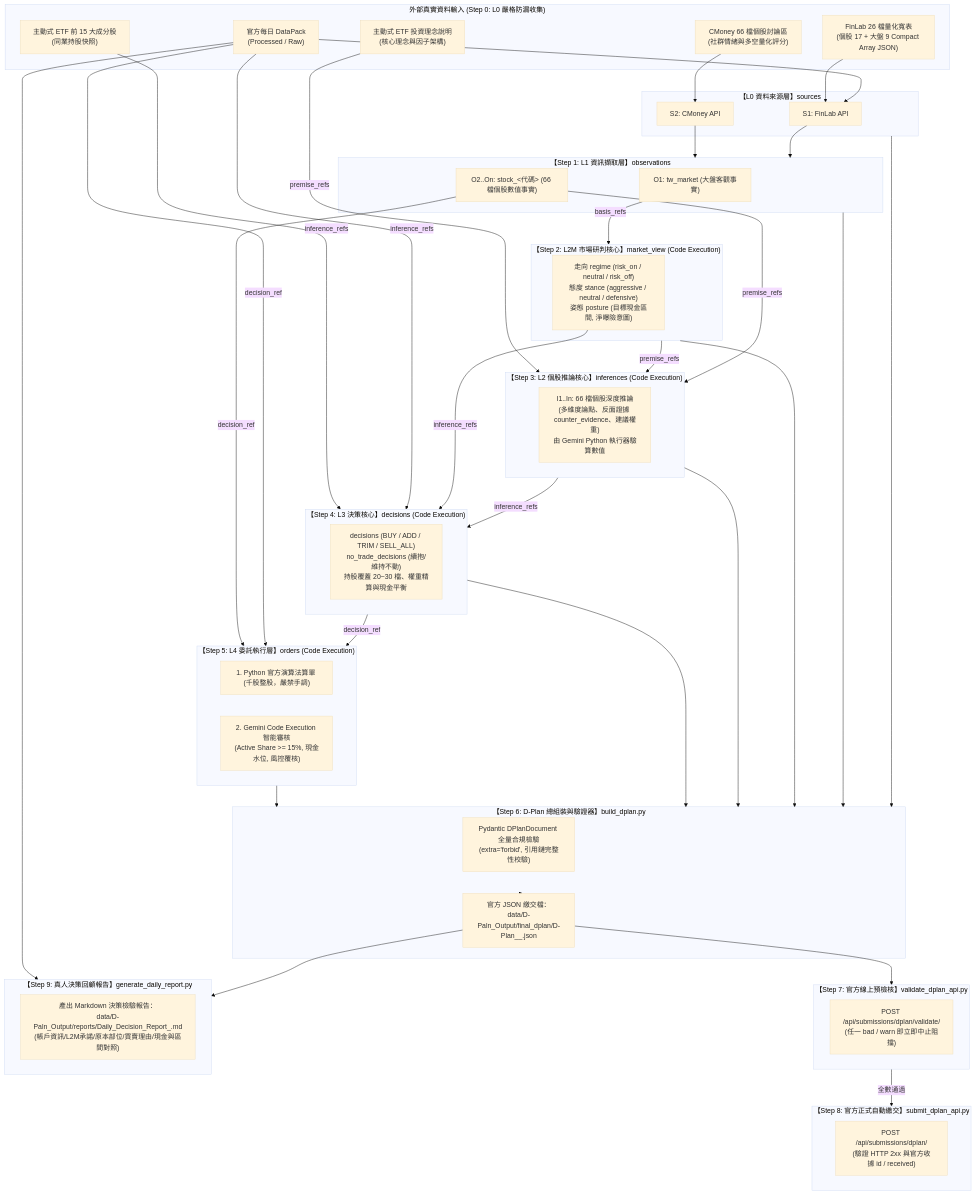
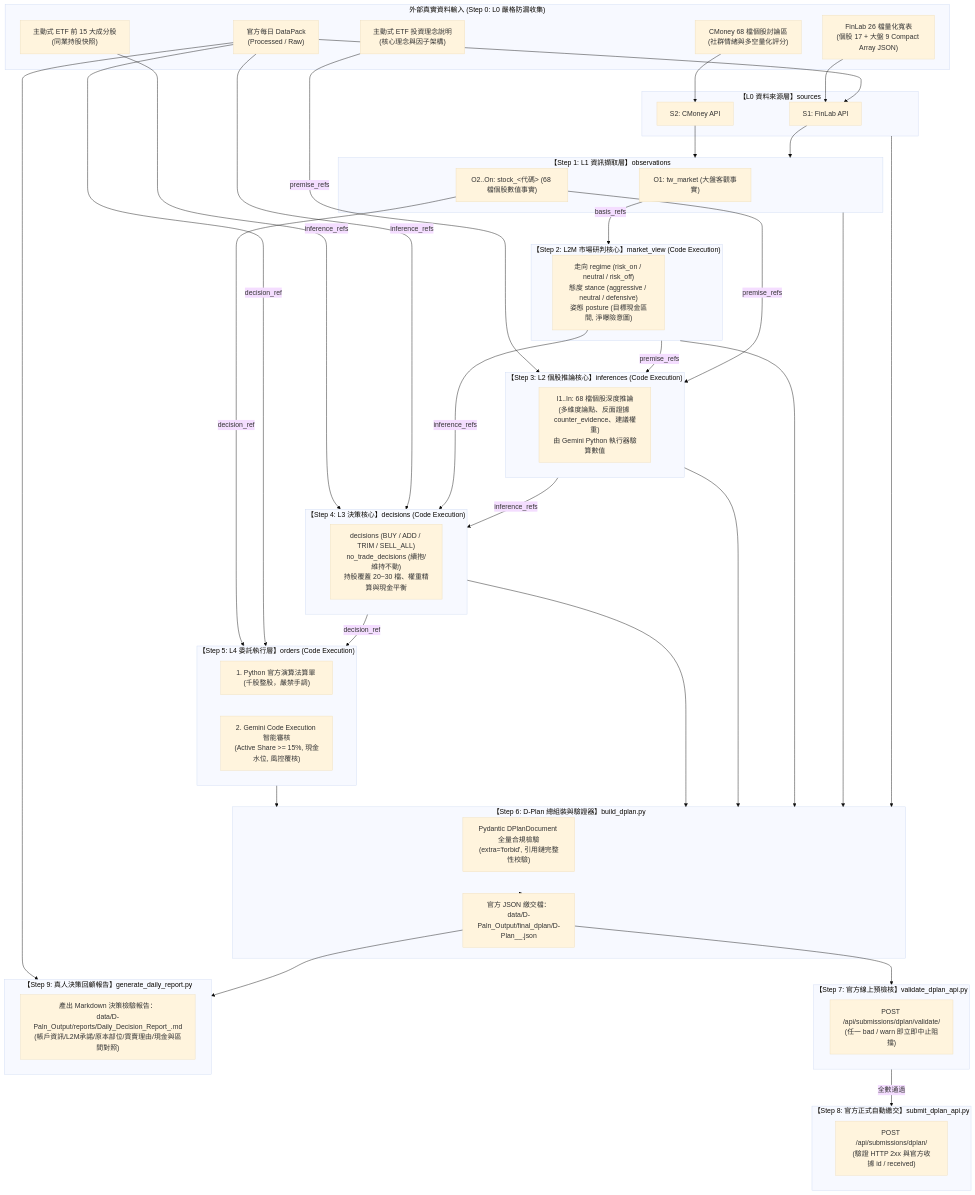
Before and after one commit to codyliao0327/esun-ai-cup-2026: the second of 2 diagrams in README.md, drawn with Mermaid (base theme). The commit also changed other lines of this file and 5 other files, not shown here.

````diff
--- a/README.md
+++ b/README.md
@@ -141,68 +141,68 @@
 ```mermaid
 flowchart TD
     subgraph Data_Inputs["外部真實資料輸入 (Step 0: L0 嚴格防漏收集)"]
         DP["官方每日 DataPack\n(Processed / Raw)"]
         FL["FinLab 26 檔量化寬表\n(個股 17 + 大盤 9 Compact Array JSON)"]
-        CM["CMoney 66 檔個股討論區\n(社群情緒與多空量化評分)"]
+        CM["CMoney 68 檔個股討論區\n(社群情緒與多空量化評分)"]
         ETF_H["主動式 ETF 前 15 大成分股\n(同業持股快照)"]
         ETF_S["主動式 ETF 投資理念說明\n(核心理念與因子架構)"]
     end
 
     subgraph L0["【L0 資料來源層】sources"]
         S1["S1: FinLab API"]
         S2["S2: CMoney API"]
     end
 
     subgraph L1["【Step 1: L1 資訊擷取層】observations"]
         O_MKT["O1: tw_market (大盤客觀事實)"]
-        O_STK["O2..On: stock_<代碼> (66 檔個股數值事實)"]
+        O_STK["O2..On: stock_<代碼> (68 檔個股數值事實)"]
     end
 
     subgraph L2M["【Step 2: L2M 市場研判核心】market_view (Code Execution)"]
         MV["走向 regime (risk_on / neutral / risk_off)\n態度 stance (aggressive / neutral / defensive)\n姿態 posture (目標現金區間, 淨曝險意圖)"]
     end
 
     subgraph L2["【Step 3: L2 個股推論核心】inferences (Code Execution)"]
-        INF["I1..In: 66 檔個股深度推論\n(多維度論點、反面證據 counter_evidence、建議權重)\n由 Gemini Python 執行器驗算數值"]
+        INF["I1..In: 68 檔個股深度推論\n(多維度論點、反面證據 counter_evidence、建議權重)\n由 Gemini Python 執行器驗算數值"]
     end
 
     subgraph L3["【Step 4: L3 決策核心】decisions (Code Execution)"]
         DEC["decisions (BUY / ADD / TRIM / SELL_ALL)\nno_trade_decisions (續抱/維持不動)\n持股覆蓋 20~30 檔、權重精算與現金平衡"]
     end
 
     subgraph L4["【Step 5: L4 委託執行層】orders (Code Execution)"]
         ORD_PY["1. Python 官方演算法算單 (千股整股，嚴禁手調)"]
         ORD_LLM["2. Gemini Code Execution 智能審核\n(Active Share >= 15%, 現金水位, 風控覆核)"]
     end
 
     subgraph Assembler["【Step 6: D-Plan 總組裝與驗證器】build_dplan.py"]
         VAL["Pydantic DPlanDocument 全量合規檢驗\n(extra='forbid', 引用鏈完整性校驗)"]
         OUT["官方 JSON 繳交檔：\ndata/D-Paln_Output/final_dplan/D-Plan_<team_id>_<trade_date>.json"]
     end
 
     subgraph Validate["【Step 7: 官方線上預檢核】validate_dplan_api.py"]
         PRECHK["POST /api/submissions/dplan/validate/\n(任一 bad / warn 即立即中止阻擋)"]
     end
 
     subgraph Submit["【Step 8: 官方正式自動繳交】submit_dplan_api.py"]
         POSTSUB["POST /api/submissions/dplan/\n(驗證 HTTP 2xx 與官方收據 id / received)"]
     end
 
     subgraph ReviewReport["【Step 9: 真人決策回顧報告】generate_daily_report.py"]
         REP["產出 Markdown 決策檢驗報告：\ndata/D-Paln_Output/reports/Daily_Decision_Report_<YYYYMMDD>.md\n(帳戶資訊/L2M承諾/原本部位/買賣理由/現金與區間對照)"]
     end
 
     DP --> S1
     FL --> S1
     CM --> S2
     S1 & S2 --> L1
     O_MKT -->|basis_refs| L2M
     O_STK & L2M & ETF_S -->|premise_refs| L2
     L2 & MV & DP & ETF_H -->|inference_refs| L3
     L3 & DP & O_STK -->|decision_ref| L4
     L0 & L1 & L2M & L2 & L3 & L4 --> Assembler
     Assembler --> OUT
     OUT --> Validate
     Validate -->|全數通過| Submit
     OUT & DP --> ReviewReport
 ```
````
